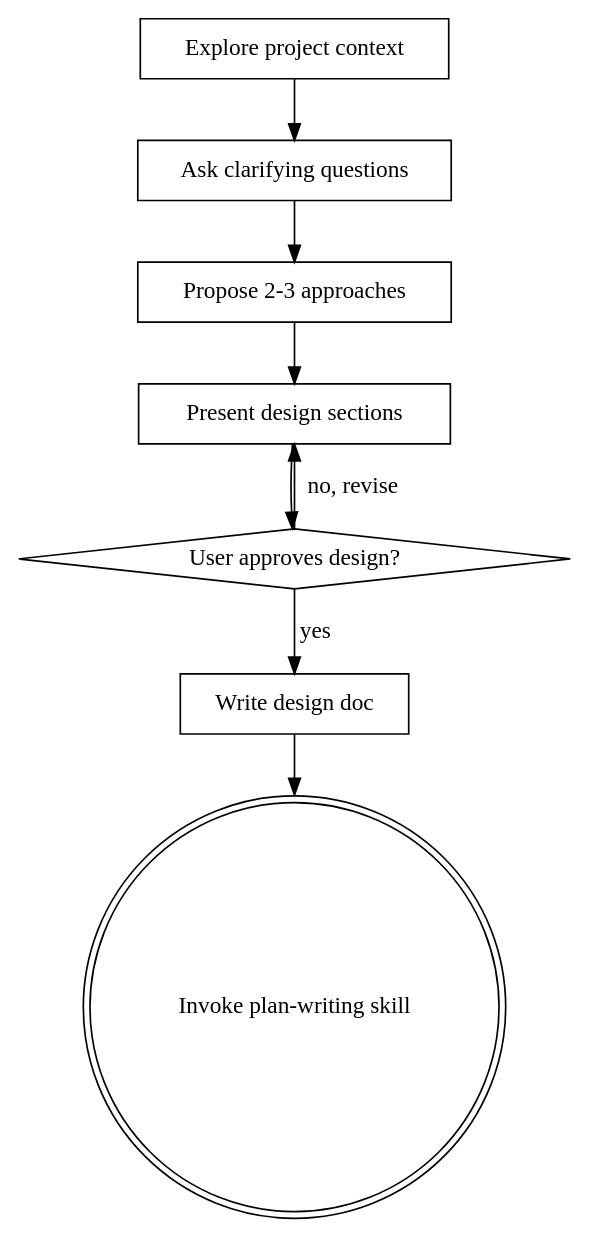
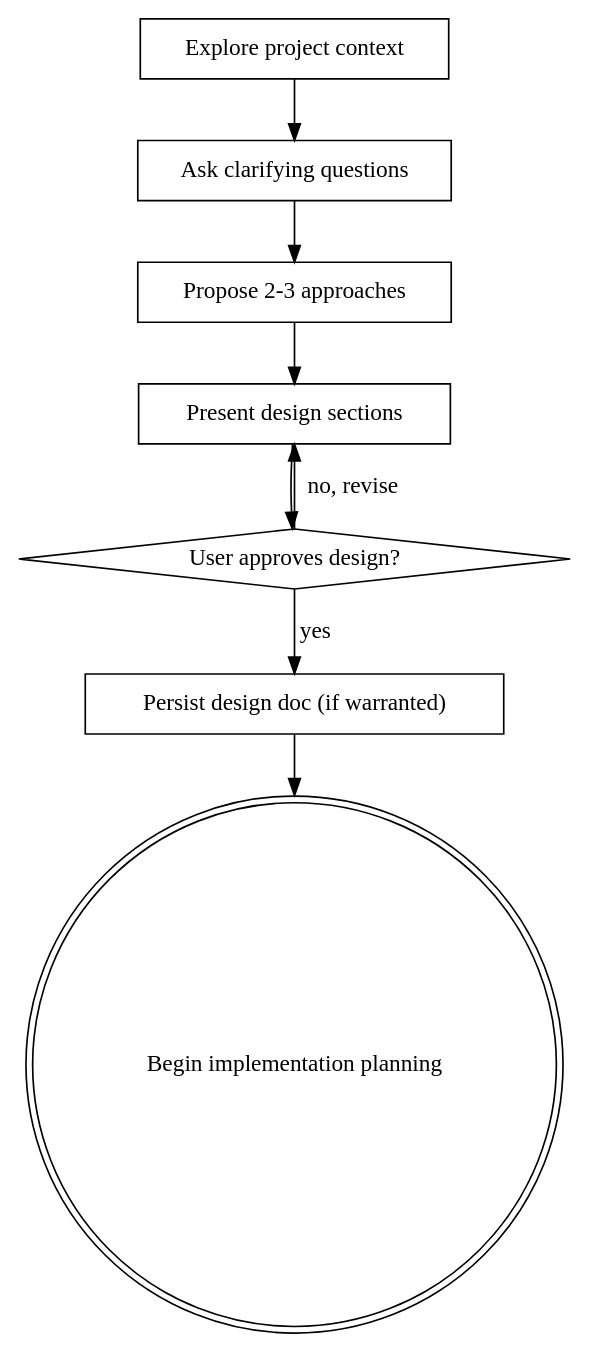
One commit to derKlinke/codex-config changed the diagram in skills/brainstorming/SKILL.md. Above: the diagram before and after it, drawn with Graphviz. The commit also changed other lines of this file and 30 other files, not shown here.

````diff
--- a/skills/brainstorming/SKILL.md
+++ b/skills/brainstorming/SKILL.md
@@ -35,19 +35,19 @@
 ```dot
 digraph brainstorming {
     "Explore project context" [shape=box];
     "Ask clarifying questions" [shape=box];
     "Propose 2-3 approaches" [shape=box];
     "Present design sections" [shape=box];
     "User approves design?" [shape=diamond];
-    "Write design doc" [shape=box];
-    "Invoke plan-writing skill" [shape=doublecircle];
+    "Persist design doc (if warranted)" [shape=box];
+    "Begin implementation planning" [shape=doublecircle];
 
     "Explore project context" -> "Ask clarifying questions";
     "Ask clarifying questions" -> "Propose 2-3 approaches";
     "Propose 2-3 approaches" -> "Present design sections";
     "Present design sections" -> "User approves design?";
     "User approves design?" -> "Present design sections" [label="no, revise"];
-    "User approves design?" -> "Write design doc" [label="yes"];
-    "Write design doc" -> "Invoke plan-writing skill";
+    "User approves design?" -> "Persist design doc (if warranted)" [label="yes"];
+    "Persist design doc (if warranted)" -> "Begin implementation planning";
 }
 ```
````
